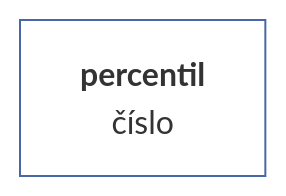
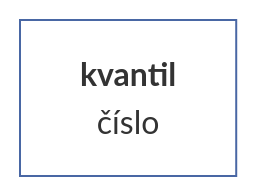
One commit to muzikp/retusa changed diagram 11 of 24 in docs/cs-CZ/vector.md. Above: the diagram before and after it, drawn with Mermaid (base theme). The commit also changed other lines of this file and 11 other files, not shown here.

````diff
--- a/docs/cs-CZ/vector.md
+++ b/docs/cs-CZ/vector.md
@@ -303,7 +303,7 @@
 ```mermaid
 graph TD
-percentile[<b>percentil<br></b>číslo]
+percentile[<b>kvantil<br></b>číslo]
 style percentile fill:#FFFFFF;
 style percentile stroke:#4967A4;
 
 ```
````
